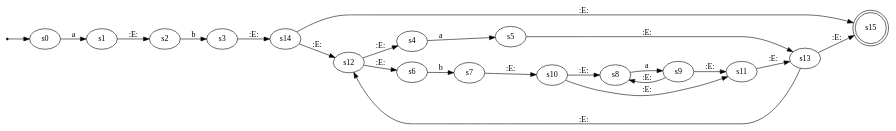
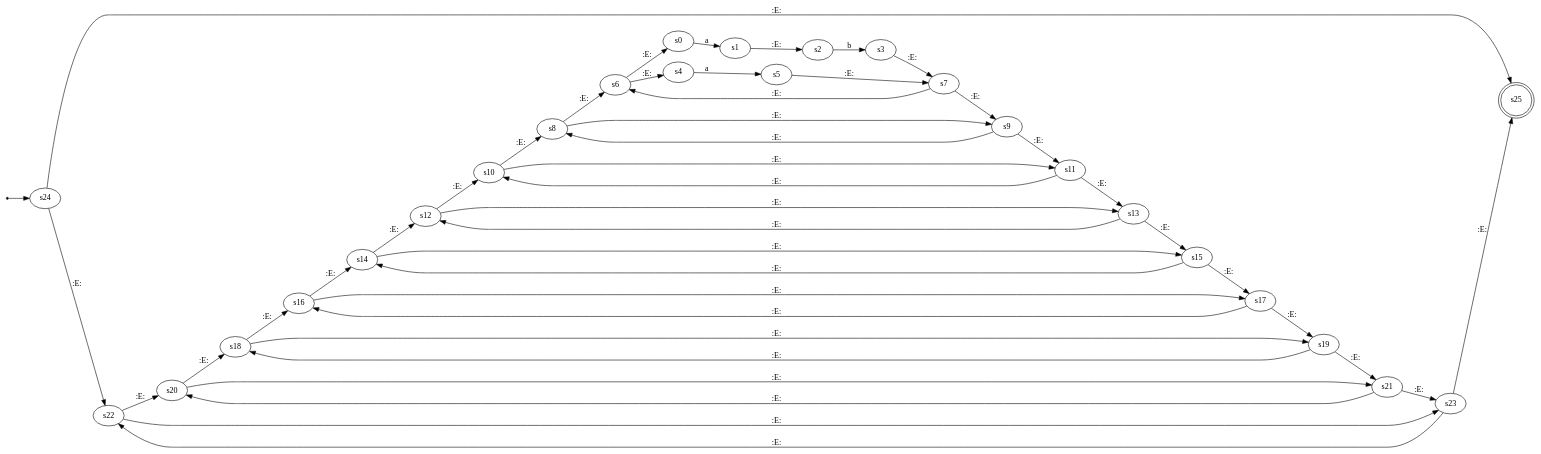
One commit to ahmetfurkaann/OtomataProje changed the diagram in Graphviz.dot. Above: the diagram before and after it, drawn with Graphviz. The commit also changed 16 other files, not shown here.

```diff
--- a/Graphviz.dot
+++ b/Graphviz.dot
@@ -1,26 +1,50 @@
 digraph "graph" {
 rankdir = LR;
 start [shape=point]
-start -> s0
-s15[shape= doublecircle]
+start -> s24
+s25[shape= doublecircle]
 s0 -> s1 [label= "a"]
 s2 -> s3 [label= "b"]
 s1 -> s2 [label= ":E:"]
 s4 -> s5 [label= "a"]
-s6 -> s7 [label= "b"]
-s8 -> s9 [label= "a"]
+s6 -> s0 [label= ":E:"]
+s6 -> s4 [label= ":E:"]
+s3 -> s7 [label= ":E:"]
+s5 -> s7 [label= ":E:"]
+s8 -> s9 [label= ":E:"]
+s8 -> s6 [label= ":E:"]
+s7 -> s9 [label= ":E:"]
+s7 -> s6 [label= ":E:"]
 s10 -> s11 [label= ":E:"]
 s10 -> s8 [label= ":E:"]
 s9 -> s11 [label= ":E:"]
 s9 -> s8 [label= ":E:"]
-s7 -> s10 [label= ":E:"]
-s12 -> s4 [label= ":E:"]
-s12 -> s6 [label= ":E:"]
-s5 -> s13 [label= ":E:"]
+s12 -> s13 [label= ":E:"]
+s12 -> s10 [label= ":E:"]
 s11 -> s13 [label= ":E:"]
+s11 -> s10 [label= ":E:"]
 s14 -> s15 [label= ":E:"]
 s14 -> s12 [label= ":E:"]
 s13 -> s15 [label= ":E:"]
 s13 -> s12 [label= ":E:"]
-s3 -> s14 [label= ":E:"]
+s16 -> s17 [label= ":E:"]
+s16 -> s14 [label= ":E:"]
+s15 -> s17 [label= ":E:"]
+s15 -> s14 [label= ":E:"]
+s18 -> s19 [label= ":E:"]
+s18 -> s16 [label= ":E:"]
+s17 -> s19 [label= ":E:"]
+s17 -> s16 [label= ":E:"]
+s20 -> s21 [label= ":E:"]
+s20 -> s18 [label= ":E:"]
+s19 -> s21 [label= ":E:"]
+s19 -> s18 [label= ":E:"]
+s22 -> s23 [label= ":E:"]
+s22 -> s20 [label= ":E:"]
+s21 -> s23 [label= ":E:"]
+s21 -> s20 [label= ":E:"]
+s24 -> s25 [label= ":E:"]
+s24 -> s22 [label= ":E:"]
+s23 -> s25 [label= ":E:"]
+s23 -> s22 [label= ":E:"]
 }
```
